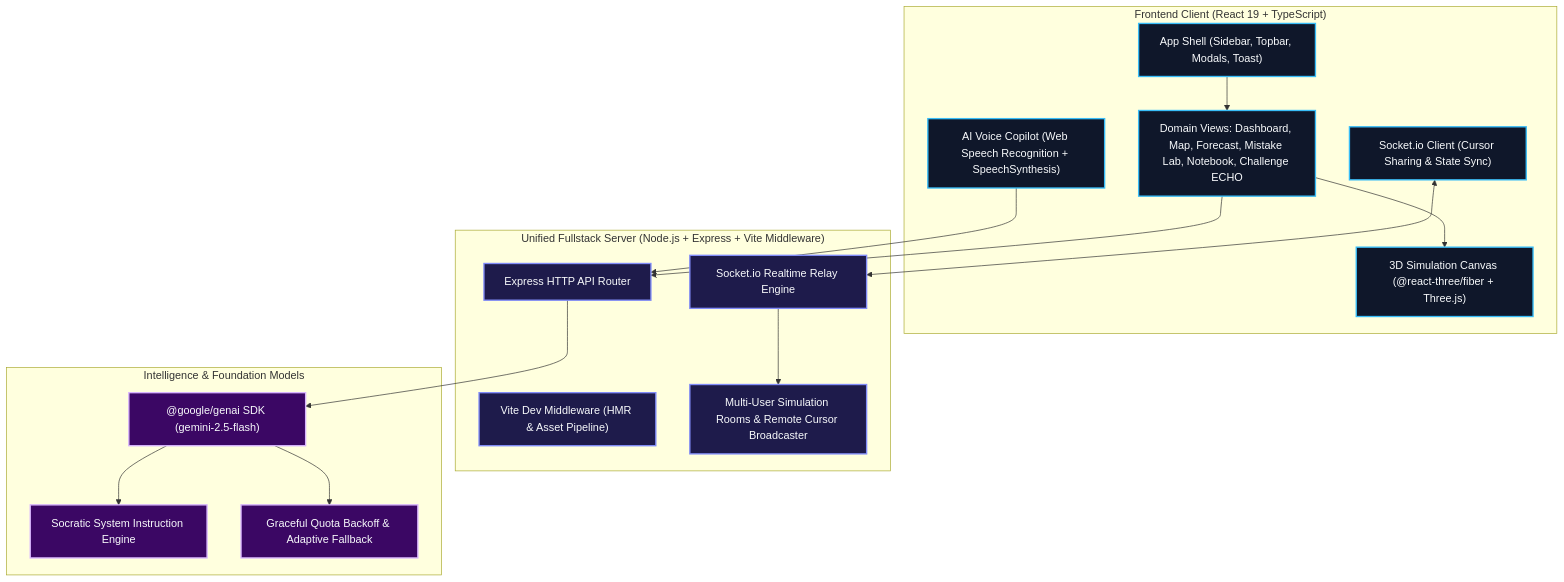
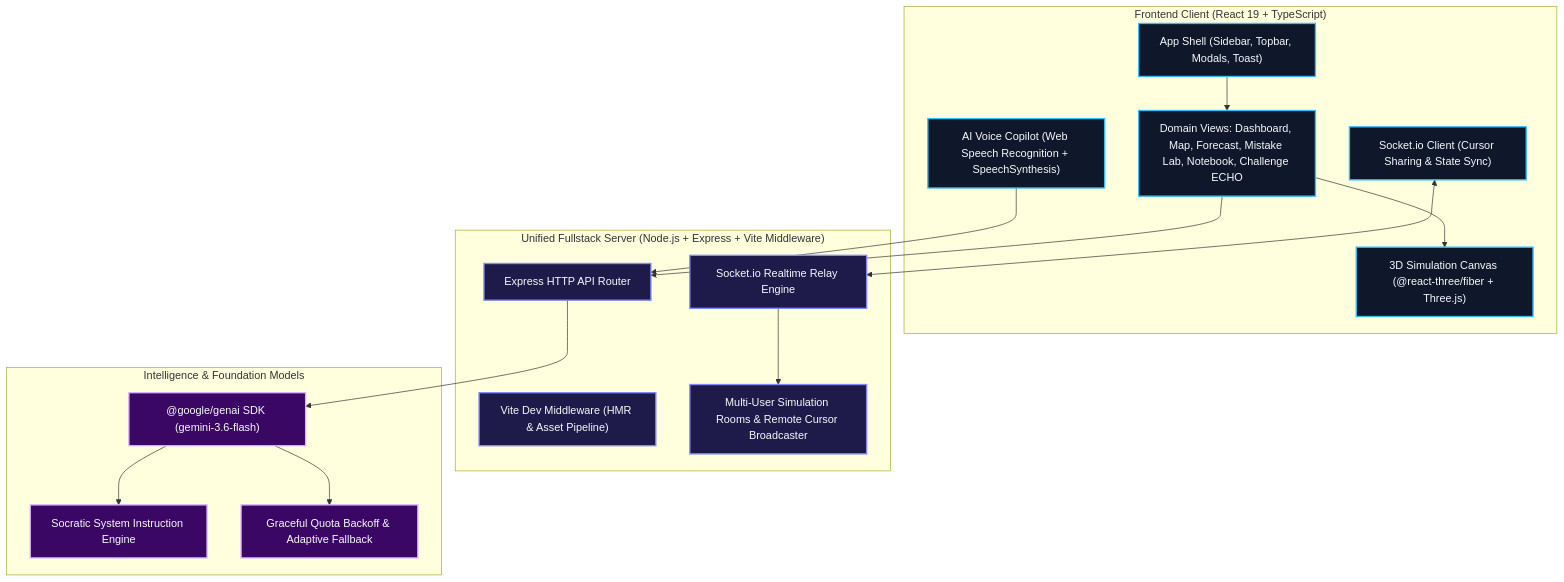
The second of 2 diagrams in README.md (Anurag-tech22/Echo-AI-Tutor), drawn with Mermaid before and after one commit. The commit also changed other lines of this file and 5 other files, not shown here.

Commit message:
feat(ai): upgrade model to gemini-3.6-flash with dynamic fallback cascade and package-lock.json

````diff
--- a/README.md
+++ b/README.md
@@ -92,42 +92,42 @@
 ```mermaid
 graph TB
     subgraph Client["Frontend Client (React 19 + TypeScript)"]
         UI["App Shell (Sidebar, Topbar, Modals, Toast)"]
         Views["Domain Views: Dashboard, Map, Forecast, Mistake Lab, Notebook, Challenge ECHO"]
         SimEngine["3D Simulation Canvas (@react-three/fiber + Three.js)"]
         Copilot["AI Voice Copilot (Web Speech Recognition + SpeechSynthesis)"]
         SocketClient["Socket.io Client (Cursor Sharing & State Sync)"]
     end
 
     subgraph Server["Unified Fullstack Server (Node.js + Express + Vite Middleware)"]
         HTTP["Express HTTP API Router"]
         ViteDev["Vite Dev Middleware (HMR & Asset Pipeline)"]
         WSServer["Socket.io Realtime Relay Engine"]
         Rooms["Multi-User Simulation Rooms & Remote Cursor Broadcaster"]
     end
 
     subgraph AI["Intelligence & Foundation Models"]
-        GeminiClient["@google/genai SDK (gemini-2.5-flash)"]
+        GeminiClient["@google/genai SDK (gemini-3.6-flash)"]
         SocraticPrompt["Socratic System Instruction Engine"]
         QuotaHandler["Graceful Quota Backoff & Adaptive Fallback"]
     end
 
     UI --> Views
     Views --> SimEngine
     Copilot --> HTTP
     Views --> HTTP
     SocketClient <--> WSServer
     WSServer --> Rooms
 
     HTTP --> GeminiClient
     GeminiClient --> SocraticPrompt
     GeminiClient --> QuotaHandler
 
     classDef client fill:#0f172a,stroke:#38bdf8,stroke-width:2px,color:#f8fafc;
     classDef server fill:#1e1b4b,stroke:#818cf8,stroke-width:2px,color:#f8fafc;
     classDef ai fill:#3b0764,stroke:#d8b4fe,stroke-width:2px,color:#f8fafc;
 
     class UI,Views,SimEngine,Copilot,SocketClient client;
     class HTTP,ViteDev,WSServer,Rooms server;
     class GeminiClient,SocraticPrompt,QuotaHandler ai;
 ```
````
